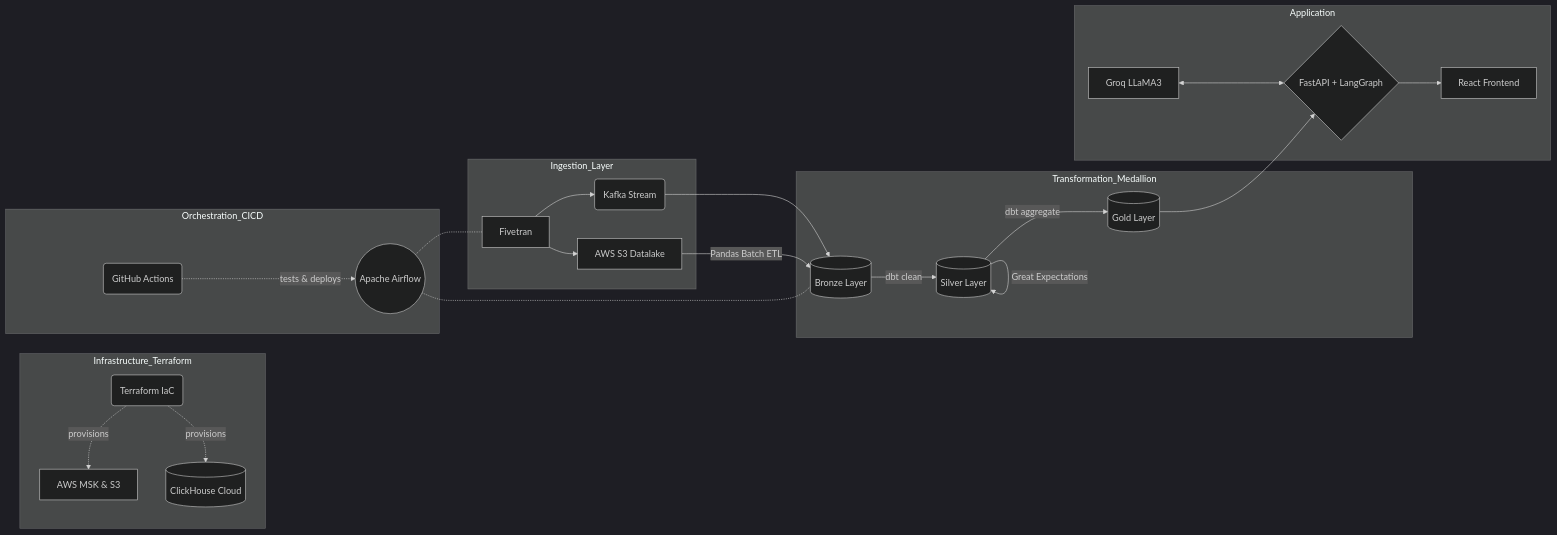
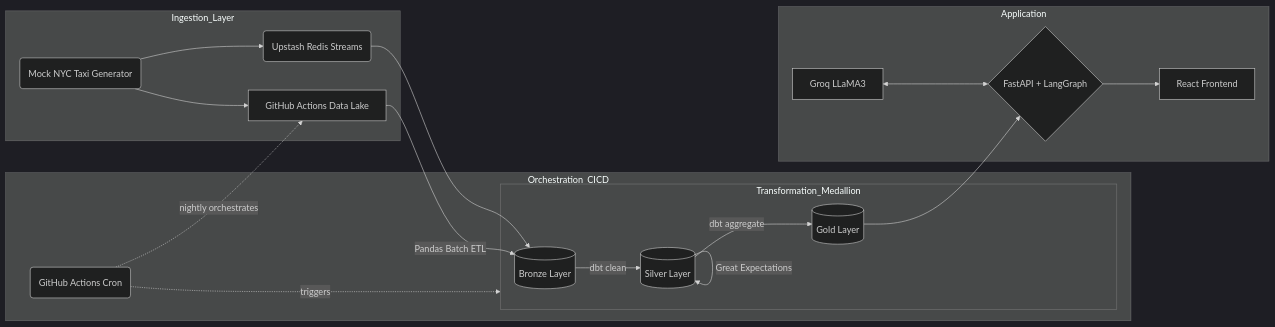
Before and after one commit to 123DS9472396/queryflow: the diagram in README.md, drawn with Mermaid (dark theme). The commit also changed other lines of this file and 2 other files, not shown here.

Commit message:
feat: natively integrate dbt clickhouse into nightly actions pipeline

````diff
--- a/README.md
+++ b/README.md
@@ -13,32 +13,26 @@
 ```mermaid
 graph LR
-    subgraph Infrastructure_Terraform
-        T(Terraform IaC) -. provisions .-> AWS[AWS MSK & S3]
-        T -. provisions .-> CH[(ClickHouse Cloud)]
-    end
-
     subgraph Ingestion_Layer
-        A[Fivetran] --> S3[AWS S3 Datalake]
-        A --> B(Kafka Stream)
+        A(Mock NYC Taxi Generator) --> S3[GitHub Actions Data Lake]
+        A --> B(Upstash Redis Streams)
     end
     
     subgraph Transformation_Medallion
         B --> C[(Bronze Layer)]
         S3 -- Pandas Batch ETL --> C
         C -- dbt clean --> D[(Silver Layer)]
         D -- Great Expectations --> D
         D -- dbt aggregate --> E[(Gold Layer)]
     end
     
     subgraph Orchestration_CICD
-        O((Apache Airflow)) -.- A
-        O -.- C
-        GH(GitHub Actions) -. tests & deploys .-> O
+        GH(GitHub Actions Cron) -. nightly orchestrates .-> S3
+        GH -. triggers .-> Transformation_Medallion
     end
     
     subgraph Application
         E --> F{FastAPI + LangGraph}
         G[Groq LLaMA3] <--> F
         F --> H[React Frontend]
     end
 ```
````
